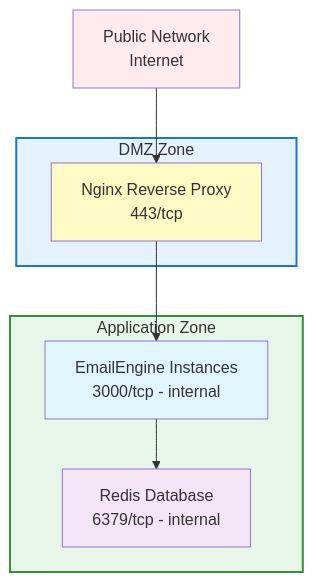
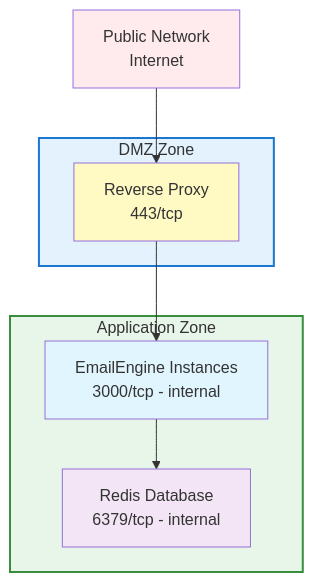
Before and after one commit to postalsys/learn-emailengine-app: the diagram in docs/deployment/security.md, drawn with Mermaid. The commit also changed other lines of this file and 44 other files, not shown here.

````diff
--- a/docs/deployment/security.md
+++ b/docs/deployment/security.md
@@ -95,24 +86,24 @@
 ```mermaid
 graph TB
     Internet[Public Network<br/>Internet]
 
     subgraph DMZ["DMZ Zone"]
-        Nginx[Nginx Reverse Proxy<br/>443/tcp]
+        Proxy[Reverse Proxy<br/>443/tcp]
     end
 
     subgraph AppZone["Application Zone"]
         EmailEngine[EmailEngine Instances<br/>3000/tcp - internal]
         Redis[Redis Database<br/>6379/tcp - internal]
     end
 
-    Internet --> Nginx
-    Nginx --> EmailEngine
+    Internet --> Proxy
+    Proxy --> EmailEngine
     EmailEngine --> Redis
 
     style Internet fill:#ffebee
     style DMZ fill:#e3f2fd,stroke:#1976d2,stroke-width:2px
     style AppZone fill:#e8f5e9,stroke:#388e3c,stroke-width:2px
-    style Nginx fill:#fff9c4
+    style Proxy fill:#fff9c4
     style EmailEngine fill:#e1f5ff
     style Redis fill:#f3e5f5
 ```
````
